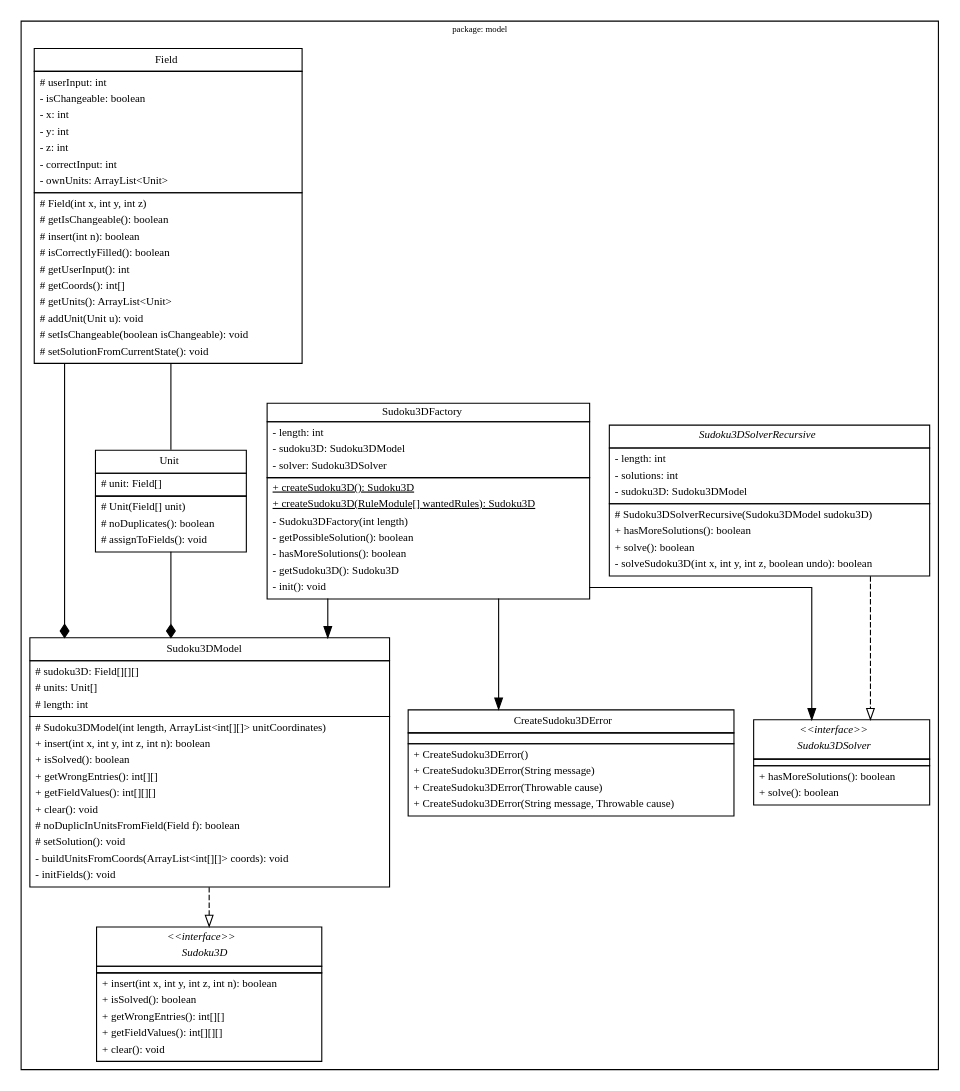
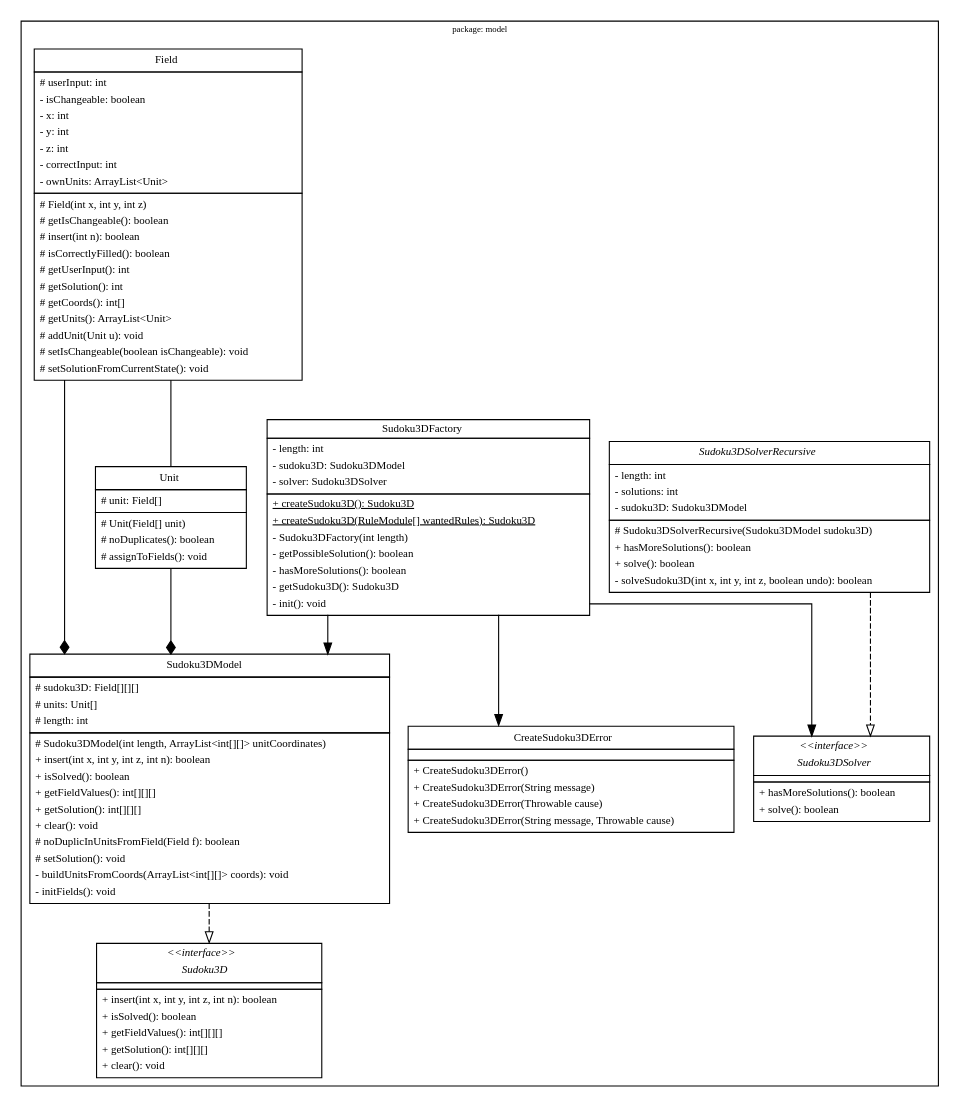
One commit to Mavpotter/Sudoku3D changed the diagram in doc/model.dot. Above: the diagram before and after it, drawn with Graphviz.

```diff
--- a/doc/model.dot
+++ b/doc/model.dot
@@ -37,8 +37,8 @@
                         <table border="0" cellspacing="0" cellborder="0">
                             <tr><td align="left">+ insert(int x, int y, int z, int n): boolean</td></tr>
                             <tr><td align="left">+ isSolved(): boolean</td></tr>
-                            <tr><td align="left">+ getWrongEntries(): int[][]</td></tr>
                             <tr><td align="left">+ getFieldValues(): int[][][]</td></tr>
+                            <tr><td align="left">+ getSolution(): int[][][]</td></tr>
                             <tr><td align="left">+ clear(): void</td></tr>
                         </table>
                     </td>
@@ -159,8 +159,8 @@
                             <tr><td align="left"># Sudoku3DModel(int length, ArrayList&lt;int[][]&gt; unitCoordinates)</td></tr>
                             <tr><td align="left">+ insert(int x, int y, int z, int n): boolean</td></tr>
                             <tr><td align="left">+ isSolved(): boolean</td></tr>
-                            <tr><td align="left">+ getWrongEntries(): int[][]</td></tr>
                             <tr><td align="left">+ getFieldValues(): int[][][]</td></tr>
+                            <tr><td align="left">+ getSolution(): int[][][]</td></tr>
                             <tr><td align="left">+ clear(): void</td></tr>
                             <tr><td align="left"># noDuplicInUnitsFromField(Field f): boolean</td></tr>
                             <tr><td align="left"># setSolution(): void</td></tr>
@@ -233,6 +233,7 @@
                             <tr><td align="left"># insert(int n): boolean</td></tr>
                             <tr><td align="left"># isCorrectlyFilled(): boolean</td></tr>
                             <tr><td align="left"># getUserInput(): int</td></tr>
+							<tr><td align="left"># getSolution(): int</td></tr>
                             <tr><td align="left"># getCoords(): int[]</td></tr>
                             <tr><td align="left"># getUnits(): ArrayList&lt;Unit&gt;</td></tr>
                             <tr><td align="left"># addUnit(Unit u): void</td></tr>
```
